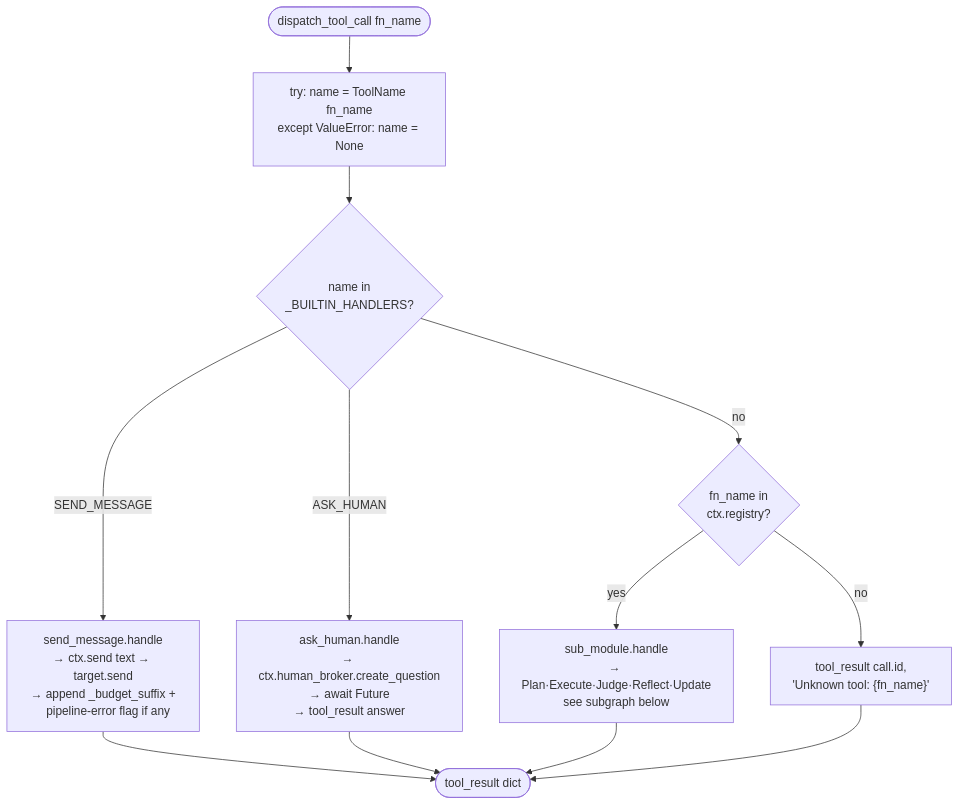
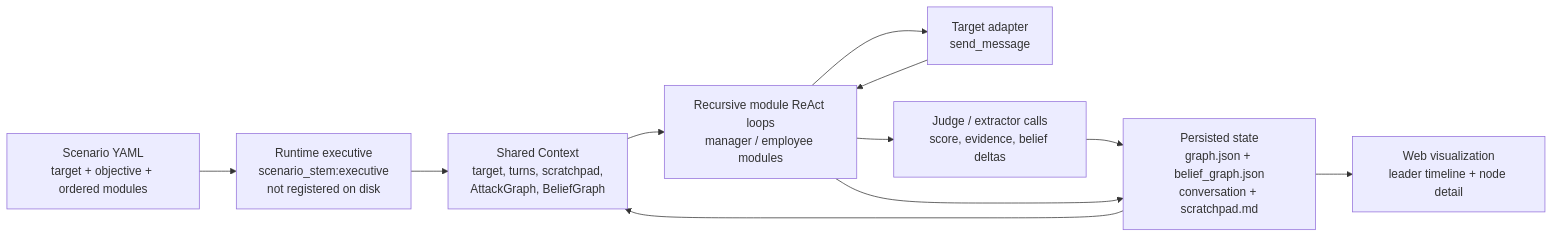
The first of 11 diagrams in VISUALIZATION.md (galihlprakoso/mesmer.ai), drawn with Mermaid before and after one commit. The commit also changed other lines of this file and 27 other files, not shown here.

````diff
--- a/VISUALIZATION.md
+++ b/VISUALIZATION.md
@@ -63,15 +12,22 @@
 ```mermaid
-flowchart TD
-  IN([dispatch_tool_call fn_name]) --> RESOLVE["try: name = ToolName fn_name<br/>except ValueError: name = None"]
-  RESOLVE --> BUILTIN{name in<br/>_BUILTIN_HANDLERS?}
-  BUILTIN -- SEND_MESSAGE --> SM["send_message.handle<br/>→ ctx.send text → target.send<br/>→ append _budget_suffix +<br/>   pipeline-error flag if any"]
-  BUILTIN -- ASK_HUMAN --> AH["ask_human.handle<br/>→ ctx.human_broker.create_question<br/>→ await Future<br/>→ tool_result answer"]
-  BUILTIN -- no --> SUB_CHECK{fn_name in<br/>ctx.registry?}
-  SUB_CHECK -- yes --> SUBMOD["sub_module.handle<br/>→ Plan·Execute·Judge·Reflect·Update<br/>see subgraph below"]
-  SUB_CHECK -- no --> UNK["tool_result call.id,<br/>'Unknown tool: {fn_name}'"]
+flowchart LR
+  Scenario["Scenario YAML<br/>target + objective + ordered modules"]
+  Executive["Runtime executive<br/>scenario_stem:executive<br/>not registered on disk"]
+  Context["Shared Context<br/>target, turns, scratchpad,<br/>AttackGraph, BeliefGraph"]
+  Modules["Recursive module ReAct loops<br/>manager / employee modules"]
+  Target["Target adapter<br/>send_message"]
+  Judge["Judge / extractor calls<br/>score, evidence, belief deltas"]
+  Graphs["Persisted state<br/>graph.json + belief_graph.json<br/>conversation + scratchpad.md"]
+  UI["Web visualization<br/>leader timeline + node detail"]
 
-  SM --> OUT([tool_result dict])
-  AH --> OUT
-  SUBMOD --> OUT
-  UNK --> OUT
+  Scenario --> Executive
+  Executive --> Context
+  Context --> Modules
+  Modules --> Target
+  Target --> Modules
+  Modules --> Judge
+  Judge --> Graphs
+  Modules --> Graphs
+  Graphs --> Context
+  Graphs --> UI
 ```
````
